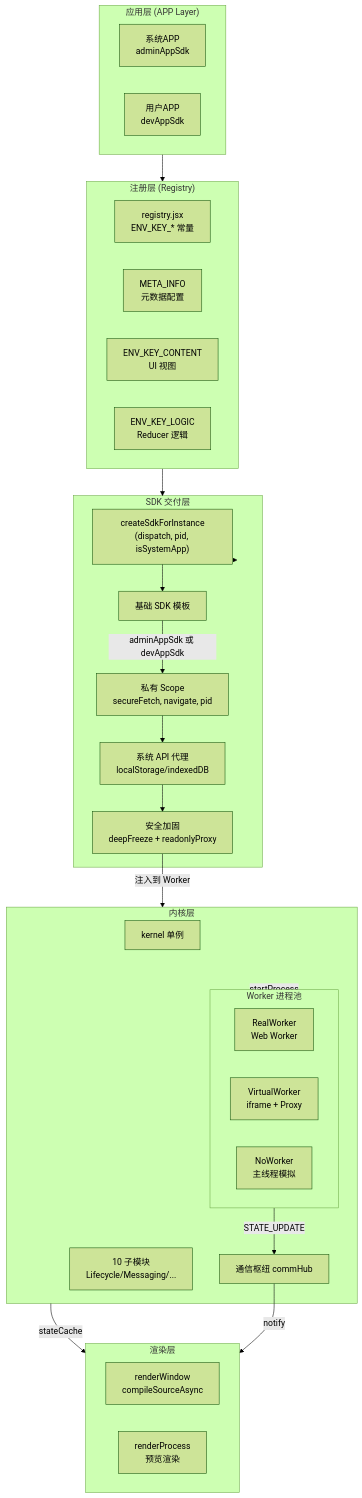
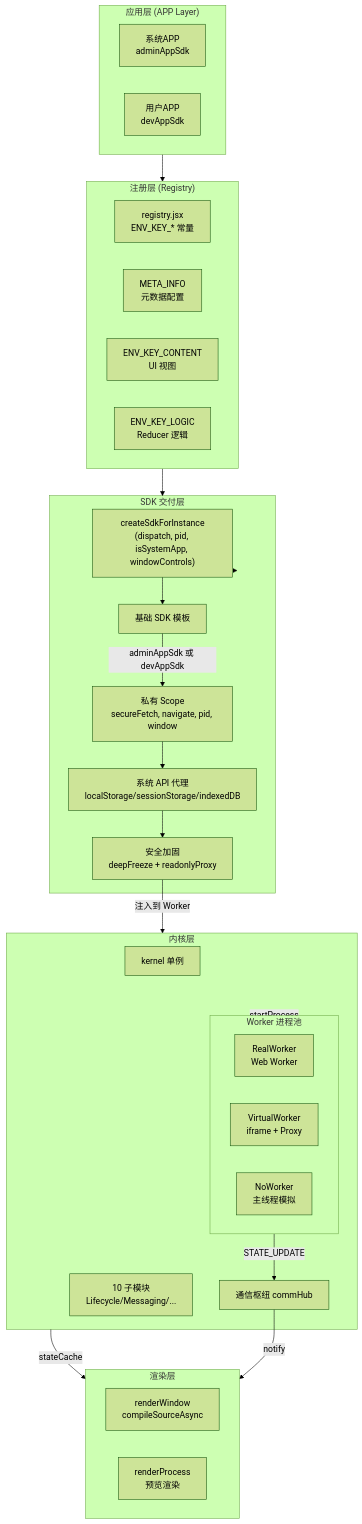
Before and after one commit to suluwanqing/sukinOS: the diagram in docs/mermaid/19-dev-app-architecture.mmd, drawn with Mermaid (forest theme). The commit also changed 70 other files, not shown here.

```diff
--- a/docs/mermaid/19-dev-app-architecture.mmd
+++ b/docs/mermaid/19-dev-app-architecture.mmd
@@ -1,51 +1,51 @@
 graph TB
     subgraph App["应用层 (APP Layer)"]
         SysApp["系统APP<br/>adminAppSdk"]
         UserApp["用户APP<br/>devAppSdk"]
     end
 
     subgraph Registry["注册层 (Registry)"]
         REG["registry.jsx<br/>ENV_KEY_* 常量"]
         META["META_INFO<br/>元数据配置"]
         CONTENT["ENV_KEY_CONTENT<br/>UI 视图"]
         LOGIC["ENV_KEY_LOGIC<br/>Reducer 逻辑"]
     end
 
     subgraph SDK["SDK 交付层"]
-        Factory["createSdkForInstance<br/>(dispatch, pid, isSystemApp)"]
-        PrivateScope["私有 Scope<br/>secureFetch, navigate, pid"]
+        Factory["createSdkForInstance<br/>(dispatch, pid, isSystemApp, windowControls)"]
+        PrivateScope["私有 Scope<br/>secureFetch, navigate, pid, window"]
         BaseSDK["基础 SDK 模板"]
-        SystemAPIs["系统 API 代理<br/>localStorage/indexedDB"]
+        SystemAPIs["系统 API 代理<br/>localStorage/sessionStorage/indexedDB"]
         Security["安全加固<br/>deepFreeze + readonlyProxy"]
     end
 
     subgraph Kernel["内核层"]
         KP["kernel 单例"]
         CommHub["通信枢纽 commHub"]
         LM["10 子模块<br/>Lifecycle/Messaging/..."]
 
         subgraph Worker["Worker 进程池"]
             RW["RealWorker<br/>Web Worker"]
             VW["VirtualWorker<br/>iframe + Proxy"]
             NW["NoWorker<br/>主线程模拟"]
         end
     end
 
     subgraph Render["渲染层"]
         RN["renderWindow<br/>compileSourceAsync"]
         RP["renderProcess<br/>预览渲染"]
     end
 
     App --> Registry
     Registry --> SDK
     SDK --> Factory
     Factory --> BaseSDK
     BaseSDK -->|adminAppSdk 或 devAppSdk| PrivateScope
     PrivateScope --> SystemAPIs
     SystemAPIs --> Security
     Security -->|注入到 Worker| Kernel
 
     Kernel -->|startProcess| Worker
     Kernel -->|stateCache| Render
     Worker -->|STATE_UPDATE| CommHub
     CommHub -->|notify| Render
```
